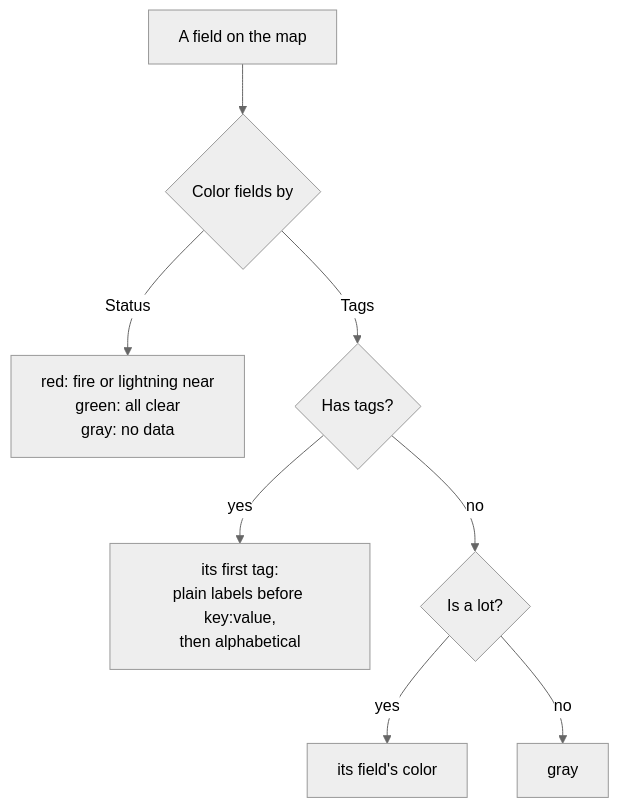
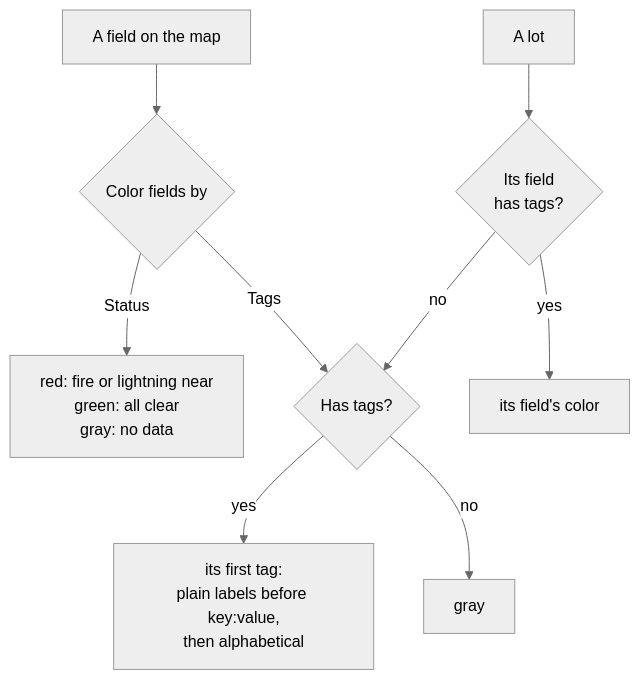
The ninth of 10 diagrams in README.md (nickyperrone/Fire-Detection-System), drawn with Mermaid (neutral theme) before and after one commit. The commit also changed 2 other files, not shown here.

Commit message:
Paint lots with their field's tag color

````diff
--- a/README.md
+++ b/README.md
@@ -316,10 +316,11 @@
 ```mermaid
 flowchart TB
     F["A field on the map"] --> M{"Color fields by"}
     M -- Status --> S["red: fire or lightning near<br/>green: all clear<br/>gray: no data"]
     M -- Tags --> T{"Has tags?"}
+    F2["A lot"] --> PT{"Its field<br/>has tags?"}
+    PT -- yes --> PF["its field's color"]
+    PT -- no --> T
     T -- yes --> L["its first tag:<br/>plain labels before key:value,<br/>then alphabetical"]
-    T -- no --> P{"Is a lot?"}
-    P -- yes --> PF["its field's color"]
-    P -- no --> G["gray"]
+    T -- no --> G["gray"]
 ```
````
